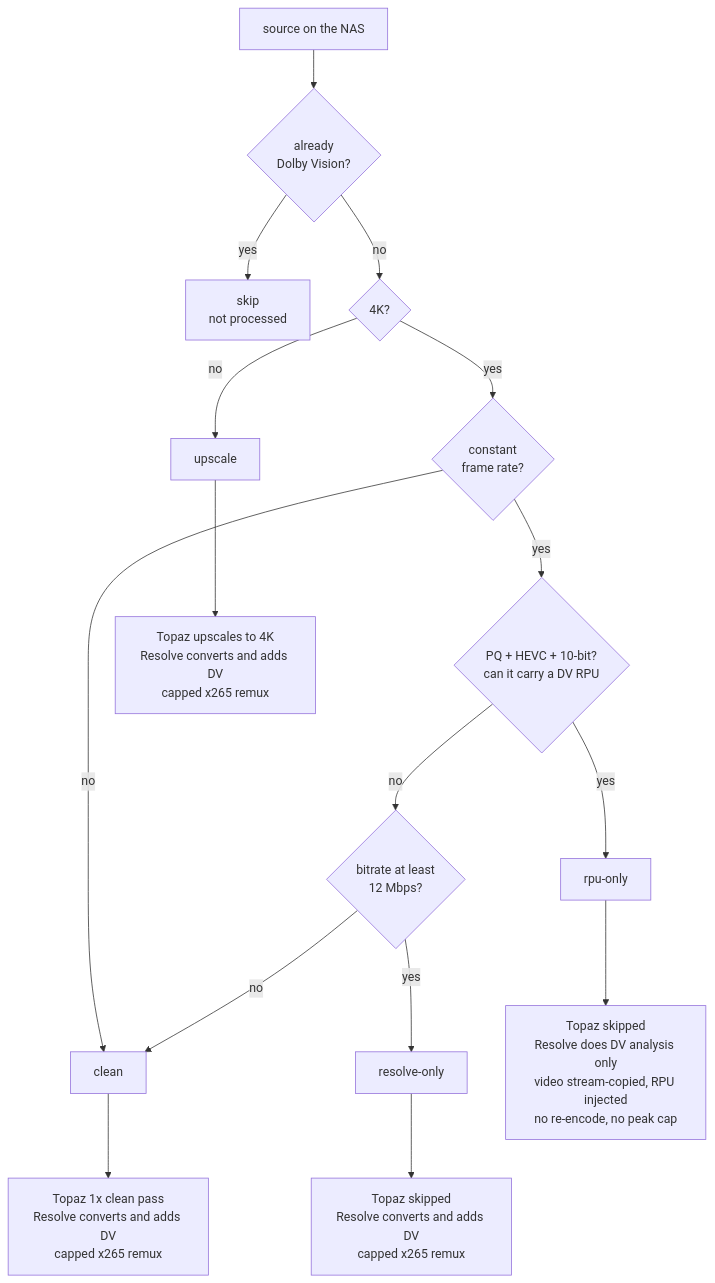
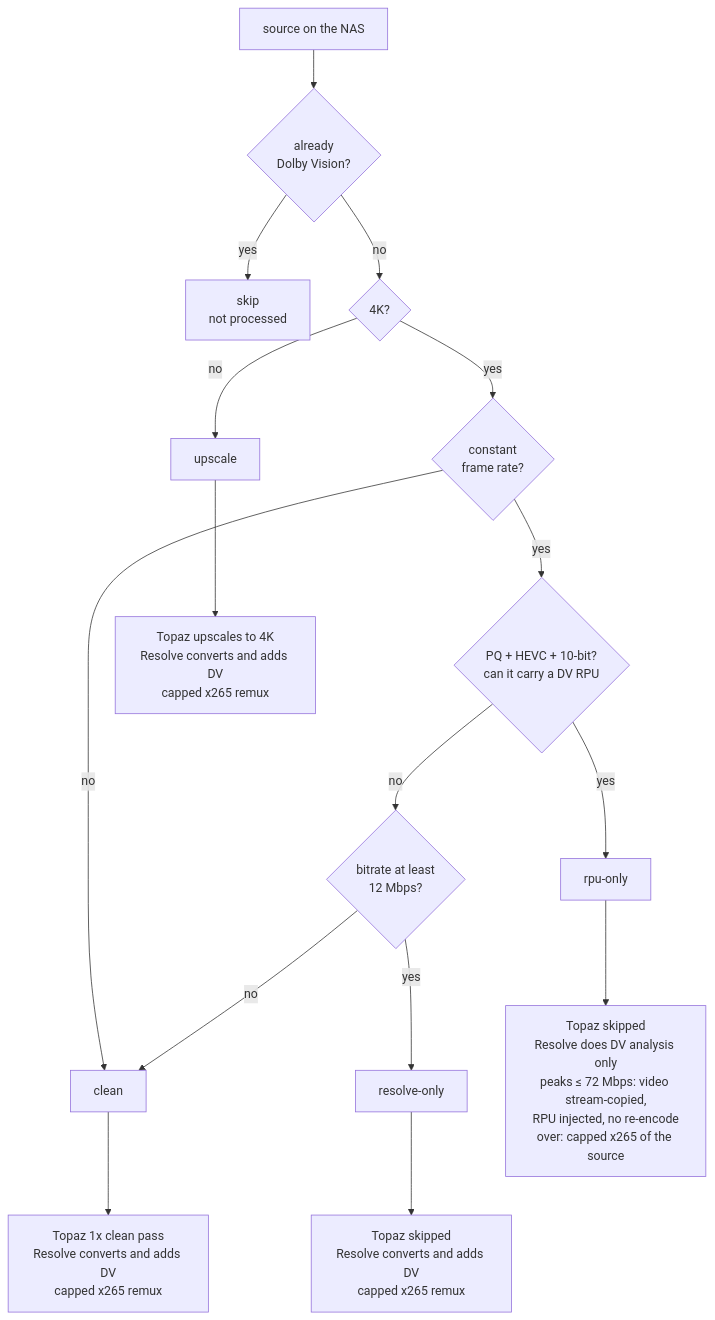
Before and after one commit to adamkbritsch/visionary: the diagram in README.md, drawn with Mermaid. The commit also changed other lines of this file and 7 other files, not shown here.

````diff
--- a/README.md
+++ b/README.md
@@ -192,19 +192,19 @@
 ```mermaid
 flowchart TD
     S["source on the NAS"] --> DV{"already<br/>Dolby Vision?"}
     DV -->|yes| SKIP["skip<br/>not processed"]
     DV -->|no| FOURK{"4K?"}
     FOURK -->|no| UPS["upscale"]
     FOURK -->|yes| CFR{"constant<br/>frame rate?"}
     CFR -->|no| CLEAN["clean"]
     CFR -->|yes| RPU{"PQ + HEVC + 10-bit?<br/>can it carry a DV RPU"}
     RPU -->|yes| INJ["rpu-only"]
     RPU -->|no| BR{"bitrate at least<br/>12 Mbps?"}
     BR -->|yes| CONV["resolve-only"]
     BR -->|no| CLEAN
 
-    INJ --> INJ2["Topaz skipped<br/>Resolve does DV analysis only<br/>video stream-copied, RPU injected<br/>no re-encode, no peak cap"]
+    INJ --> INJ2["Topaz skipped<br/>Resolve does DV analysis only<br/>peaks &le; 72 Mbps: video stream-copied,<br/>RPU injected, no re-encode<br/>over: capped x265 of the source"]
     CONV --> CONV2["Topaz skipped<br/>Resolve converts and adds DV<br/>capped x265 remux"]
     CLEAN --> CLEAN2["Topaz 1x clean pass<br/>Resolve converts and adds DV<br/>capped x265 remux"]
     UPS --> UPS2["Topaz upscales to 4K<br/>Resolve converts and adds DV<br/>capped x265 remux"]
 ```
````
